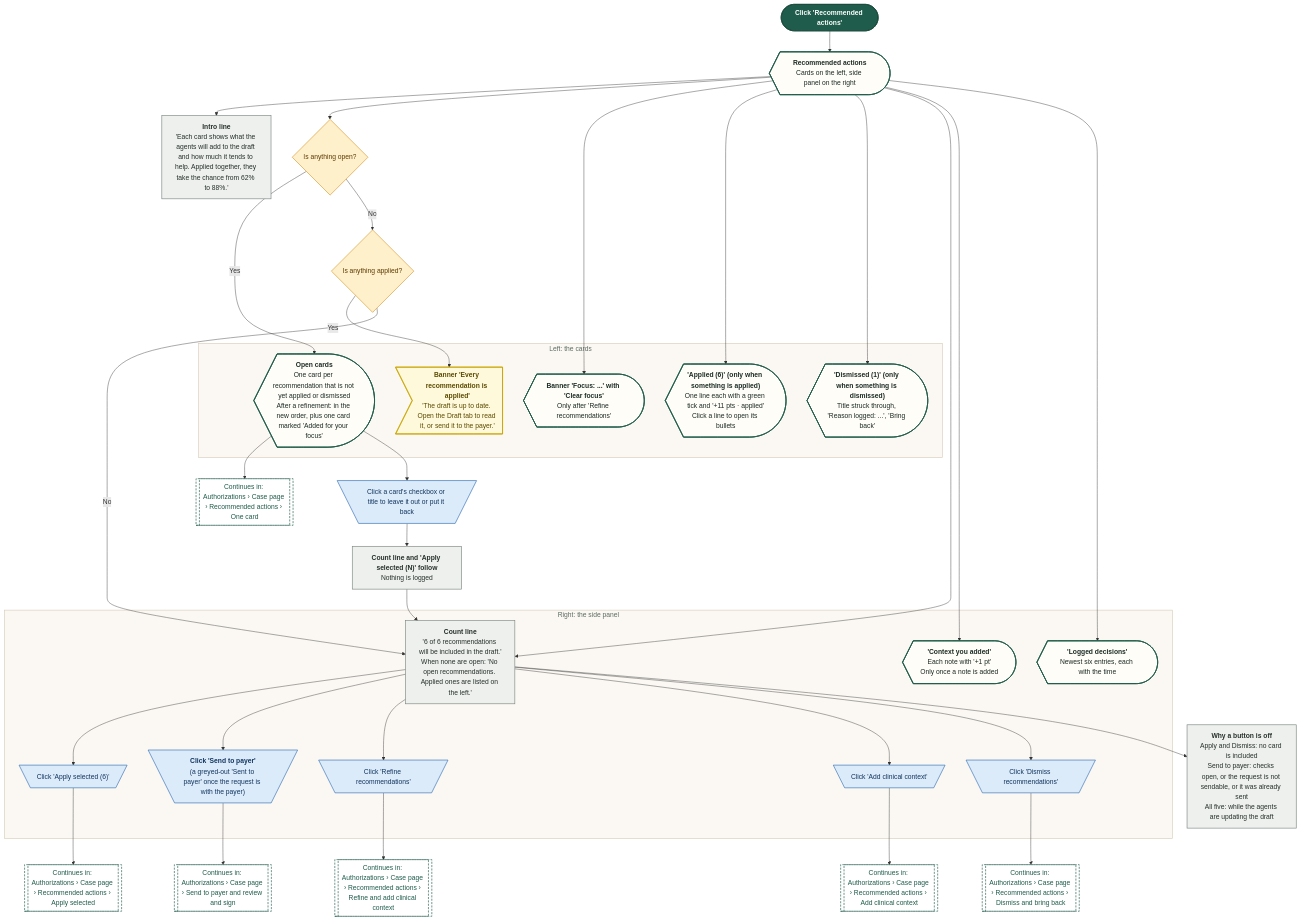
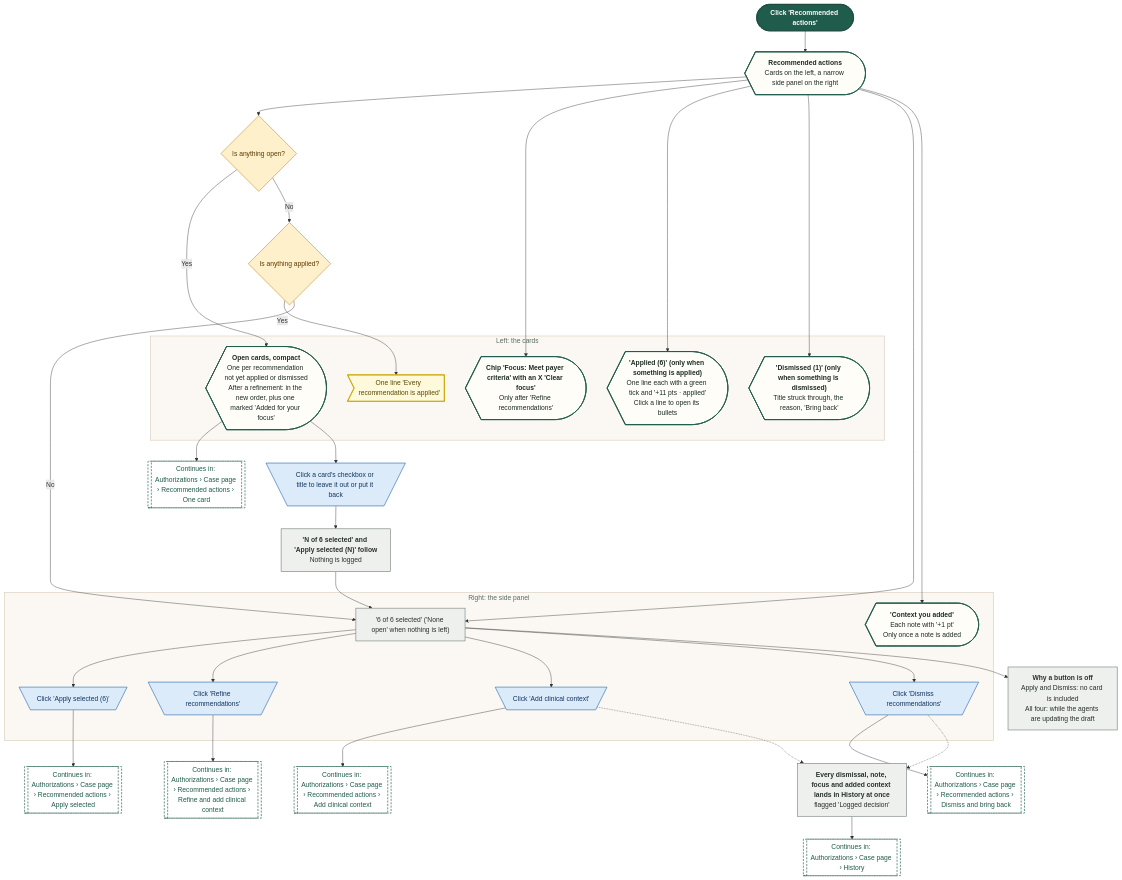
Diagram 18 of 34 in demos/prior-auth-demo/workflows/out/md/03-authorizations.md (Shrav143/psyfloapp), drawn with Mermaid before and after one commit. The commit also changed other lines of this file and 202 other files, not shown here.

First line of the commit message:
docs: round 6 README, CONVENTIONS, spec section 17, diagram module blurbs and 336 rebuilt diagrams

````diff
--- a/demos/prior-auth-demo/workflows/out/md/03-authorizations.md
+++ b/demos/prior-auth-demo/workflows/out/md/03-authorizations.md
@@ -1444,79 +1435,78 @@
 ```mermaid
 %%{init: {"theme":"base","themeVariables":{"fontFamily":"'DM Sans', 'Segoe UI', system-ui, sans-serif","fontSize":"15px","lineColor":"#5B6B63","primaryTextColor":"#1C2B25","clusterBkg":"#FBF8F3","clusterBorder":"#D9CDBB","edgeLabelBackground":"#FFFFFF"},"flowchart":{"curve":"basis","nodeSpacing":36,"rankSpacing":48,"padding":12,"htmlLabels":true,"useMaxWidth":false,"wrappingWidth":230}} }%%
 flowchart TD
   classDef k_start fill:#1F5C4B,stroke:#174638,color:#FFFFFF,stroke-width:1.5px,font-weight:600
   classDef k_end fill:#DDEFE3,stroke:#2E7D4F,color:#14502F,stroke-width:1.5px,font-weight:600
   classDef k_endx fill:#FBE3E0,stroke:#C0392B,color:#7A1F16,stroke-width:1.5px,font-weight:600
   classDef k_screen fill:#FFFDF8,stroke:#1F5C4B,color:#1C2B25,stroke-width:2px
   classDef k_overlay fill:#F1F7F3,stroke:#1F5C4B,color:#1C2B25,stroke-width:2px,stroke-dasharray:5 3
   classDef k_click fill:#DCEBFA,stroke:#2F6DB5,color:#12365F,stroke-width:1.5px
   classDef k_input fill:#E4E7FF,stroke:#4C5FD5,color:#1D2670,stroke-width:1.5px
   classDef k_process fill:#EEF0EE,stroke:#7A857F,color:#26302B,stroke-width:1.5px
   classDef k_agent fill:#EEE5FA,stroke:#7A4FC2,color:#341A63,stroke-width:1.5px
   classDef k_decision fill:#FFF0CC,stroke:#D9962B,color:#5C3B00,stroke-width:1.5px
   classDef k_store fill:#D5F0EA,stroke:#1C8E7B,color:#0B4A3F,stroke-width:1.5px
   classDef k_doc fill:#F6E9DC,stroke:#B07A4C,color:#4A2E14,stroke-width:1.5px
   classDef k_ext fill:#FFE6D2,stroke:#E07B39,color:#6B2F06,stroke-width:1.5px
   classDef k_wait fill:#E4E8EE,stroke:#6B7C93,color:#26303D,stroke-width:1.5px
   classDef k_toast fill:#FFF9DB,stroke:#C9A400,color:#5A4A00,stroke-width:1.5px
   classDef k_goto fill:#FFFFFF,stroke:#1F5C4B,color:#1F5C4B,stroke-width:1.5px,stroke-dasharray:5 3
   s1@{ shape: stadium, label: "Click 'Recommended actions'" }
-  at@{ shape: curv-trap, label: "<b>Recommended actions</b><br/>Cards on the left, side panel on the right" }
-  in@{ shape: rect, label: "<b>Intro line</b><br/>'Each card shows what the agents will add to the draft and how much it tends to help. Applied together, they take the chance from 62% to 88%.'" }
+  at@{ shape: curv-trap, label: "<b>Recommended actions</b><br/>Cards on the left, a narrow side panel on the right" }
   subgraph gL ["Left: the cards"]
-  fb@{ shape: curv-trap, label: "<b>Banner 'Focus: ...' with 'Clear focus'</b><br/>Only after 'Refine recommendations'" }
-  oc@{ shape: curv-trap, label: "<b>Open cards</b><br/>One card per recommendation that is not yet applied or dismissed<br/>After a refinement: in the new order, plus one card marked 'Added for your focus'" }
+  fb@{ shape: curv-trap, label: "<b>Chip 'Focus: Meet payer criteria' with an X 'Clear focus'</b><br/>Only after 'Refine recommendations'" }
+  oc@{ shape: curv-trap, label: "<b>Open cards, compact</b><br/>One per recommendation not yet applied or dismissed<br/>After a refinement: in the new order, plus one marked 'Added for your focus'" }
   ap@{ shape: curv-trap, label: "<b>'Applied (6)' (only when something is applied)</b><br/>One line each with a green tick and '+11 pts · applied'<br/>Click a line to open its bullets" }
-  dm@{ shape: curv-trap, label: "<b>'Dismissed (1)' (only when something is dismissed)</b><br/>Title struck through, 'Reason logged: ...', 'Bring back'" }
-  ban@{ shape: odd, label: "<b>Banner 'Every recommendation is applied'</b><br/>'The draft is up to date. Open the Draft tab to read it, or send it to the payer.'" }
+  dm@{ shape: curv-trap, label: "<b>'Dismissed (1)' (only when something is dismissed)</b><br/>Title struck through, the reason, 'Bring back'" }
+  ban@{ shape: odd, label: "One line 'Every recommendation is applied'" }
   end
   subgraph gR ["Right: the side panel"]
-  cnt@{ shape: rect, label: "<b>Count line</b><br/>'6 of 6 recommendations will be included in the draft.'<br/>When none are open: 'No open recommendations. Applied ones are listed on the left.'" }
+  cnt@{ shape: rect, label: "'6 of 6 selected' ('None open' when nothing is left)" }
   b1@{ shape: trap-t, label: "Click 'Apply selected (6)'" }
-  b2@{ shape: trap-t, label: "<b>Click 'Send to payer'</b><br/>(a greyed-out 'Sent to payer' once the request is with the payer)" }
   b3@{ shape: trap-t, label: "Click 'Refine recommendations'" }
   b4@{ shape: trap-t, label: "Click 'Add clinical context'" }
   b5@{ shape: trap-t, label: "Click 'Dismiss recommendations'" }
   cx@{ shape: curv-trap, label: "<b>'Context you added'</b><br/>Each note with '+1 pt'<br/>Only once a note is added" }
-  lg@{ shape: curv-trap, label: "<b>'Logged decisions'</b><br/>Newest six entries, each with the time" }
   end
-  off@{ shape: rect, label: "<b>Why a button is off</b><br/>Apply and Dismiss: no card is included<br/>Send to payer: checks open, or the request is not sendable, or it was already sent<br/>All five: while the agents are updating the draft" }
+  off@{ shape: rect, label: "<b>Why a button is off</b><br/>Apply and Dismiss: no card is included<br/>All four: while the agents are updating the draft" }
   tk@{ shape: trap-t, label: "Click a card's checkbox or title to leave it out or put it back" }
-  up@{ shape: rect, label: "<b>Count line and 'Apply selected (N)' follow</b><br/>Nothing is logged" }
+  up@{ shape: rect, label: "<b>'N of 6 selected' and 'Apply selected (N)' follow</b><br/>Nothing is logged" }
   dAll@{ shape: diam, label: "Is anything open?" }
   dApp@{ shape: diam, label: "Is anything applied?" }
+  hs@{ shape: rect, label: "<b>Every dismissal, note, focus and added context lands in History at once</b><br/>flagged 'Logged decision'" }
   g1@{ shape: subproc, label: "Continues in: Authorizations › Case page › Recommended actions › One card" }
   g2@{ shape: subproc, label: "Continues in: Authorizations › Case page › Recommended actions › Apply selected" }
-  g3@{ shape: subproc, label: "Continues in: Authorizations › Case page › Send to payer and review and sign" }
   g4@{ shape: subproc, label: "Continues in: Authorizations › Case page › Recommended actions › Refine and add clinical context" }
   g6@{ shape: subproc, label: "Continues in: Authorizations › Case page › Recommended actions › Add clinical context" }
   g5@{ shape: subproc, label: "Continues in: Authorizations › Case page › Recommended actions › Dismiss and bring back" }
-  s1 --> at --> in
+  g7@{ shape: subproc, label: "Continues in: Authorizations › Case page › History" }
+  s1 --> at
   at --> dAll
   at --> fb
   dAll -->|"Yes"| oc --> g1
   dAll -->|"No"| dApp
   dApp -->|"Yes"| ban
   dApp -->|"No"| cnt
   at --> ap
   at --> dm
   at --> cnt
   oc --> tk --> up --> cnt
   cnt --> b1 --> g2
-  cnt --> b2 --> g3
   cnt --> b3 --> g4
   cnt --> b4 --> g6
   cnt --> b5 --> g5
   cnt --> off
   at --> cx
-  at --> lg
+  b5 -.-> hs
+  b4 -.-> hs
+  hs --> g7
   class s1 k_start
-  class at,fb,oc,ap,dm,cx,lg k_screen
-  class in,cnt,off,up k_process
+  class at,fb,oc,ap,dm,cx k_screen
   class ban k_toast
-  class b1,b2,b3,b4,b5,tk k_click
+  class cnt,off,up,hs k_process
+  class b1,b3,b4,b5,tk k_click
   class dAll,dApp k_decision
-  class g1,g2,g3,g4,g6,g5 k_goto
+  class g1,g2,g4,g6,g5,g7 k_goto
   style gL fill:#FBF8F3,stroke:#D9CDBB,stroke-width:1.5px,color:#5B6B63
   style gR fill:#FBF8F3,stroke:#D9CDBB,stroke-width:1.5px,color:#5B6B63
 ```
````
